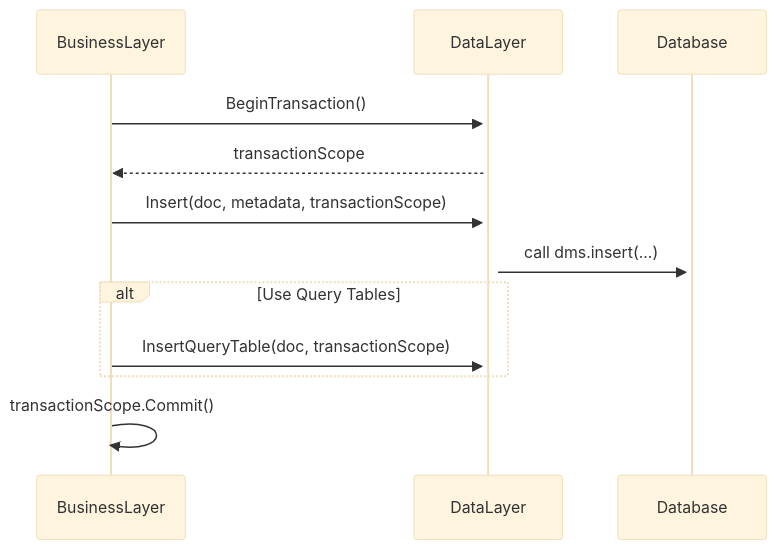
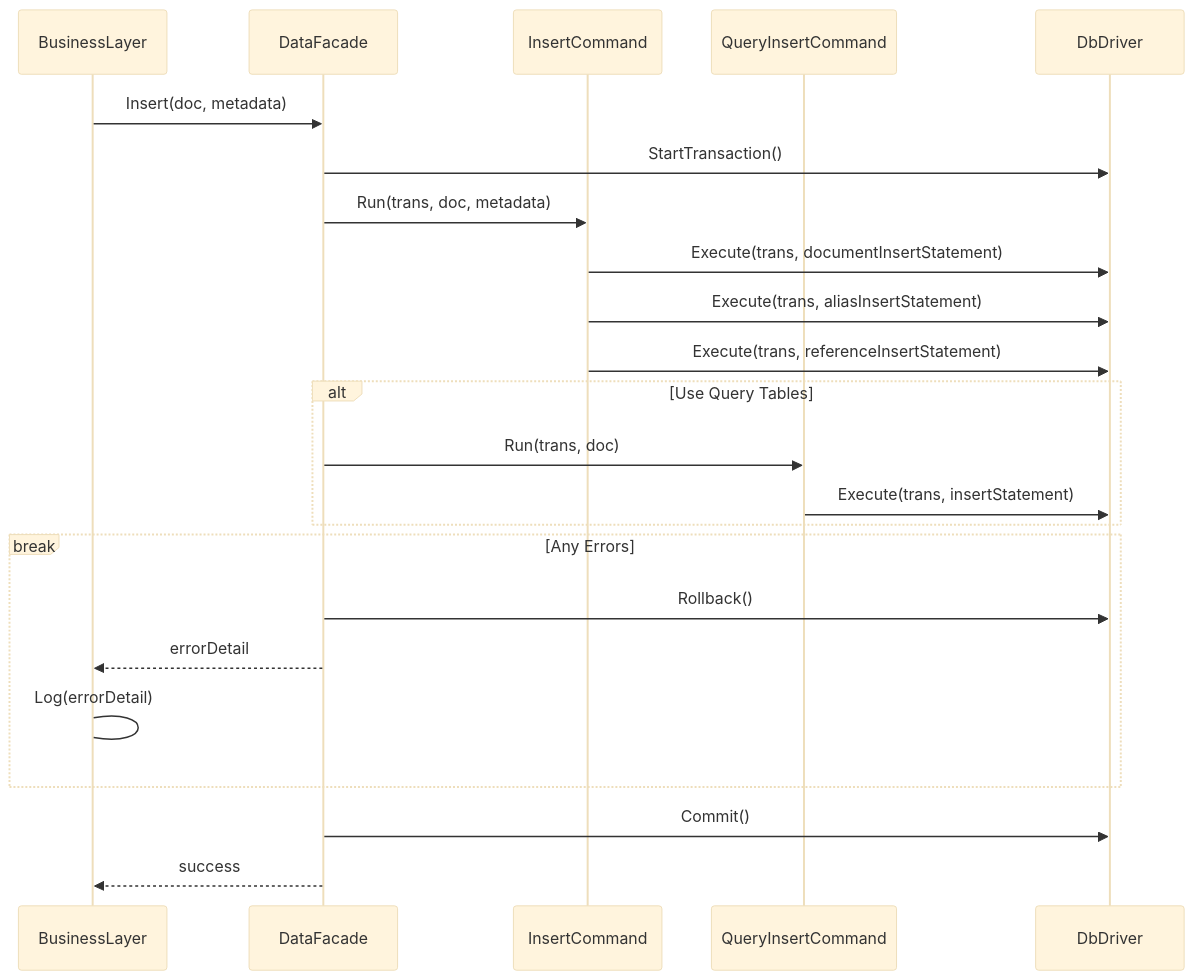
Before and after one commit to Ed-Fi-Alliance-OSS/Project-Tanager: the second of 2 diagrams in docs/DMS/PRIMARY-DATA-STORAGE/README.md, drawn with Mermaid (base theme). The commit also changed other lines of this file and 1 other file, not shown here.

````diff
--- a/docs/DMS/PRIMARY-DATA-STORAGE/README.md
+++ b/docs/DMS/PRIMARY-DATA-STORAGE/README.md
@@ -234,13 +227,29 @@
 ```mermaid
 sequenceDiagram
-    BusinessLayer->>+DataLayer: BeginTransaction()
-    DataLayer-->>BusinessLayer: transactionScope
-    BusinessLayer->>+DataLayer: Insert(doc, metadata, transactionScope)
-    DataLayer->>+Database: call dms.insert(...)
+    participant BusinessLayer
+    participant DataFacade
+    participant InsertCommand
+    participant QueryInsertCommand
+    participant DbDriver
+
+    BusinessLayer->>DataFacade: Insert(doc, metadata)
+    DataFacade->>DbDriver: StartTransaction()
+    DataFacade->>InsertCommand: Run(trans, doc, metadata)
+    InsertCommand->>DbDriver: Execute(trans, documentInsertStatement)
+    InsertCommand->>DbDriver: Execute(trans, aliasInsertStatement)
+    InsertCommand->>DbDriver: Execute(trans, referenceInsertStatement)
 
     alt Use Query Tables
-        BusinessLayer->>+DataLayer: InsertQueryTable(doc, transactionScope)
+      DataFacade->>QueryInsertCommand: Run(trans, doc)
+      QueryInsertCommand->>DbDriver: Execute(trans, insertStatement)
     end
 
-    BusinessLayer->>BusinessLayer: transactionScope.Commit()
+    break Any Errors
+      DataFacade->>DbDriver: Rollback()
+      DataFacade-->>BusinessLayer: errorDetail
+      BusinessLayer->BusinessLayer: Log(errorDetail)
+    end
+
+    DataFacade->>DbDriver: Commit()
+    DataFacade-->>BusinessLayer: success
 ```
````
